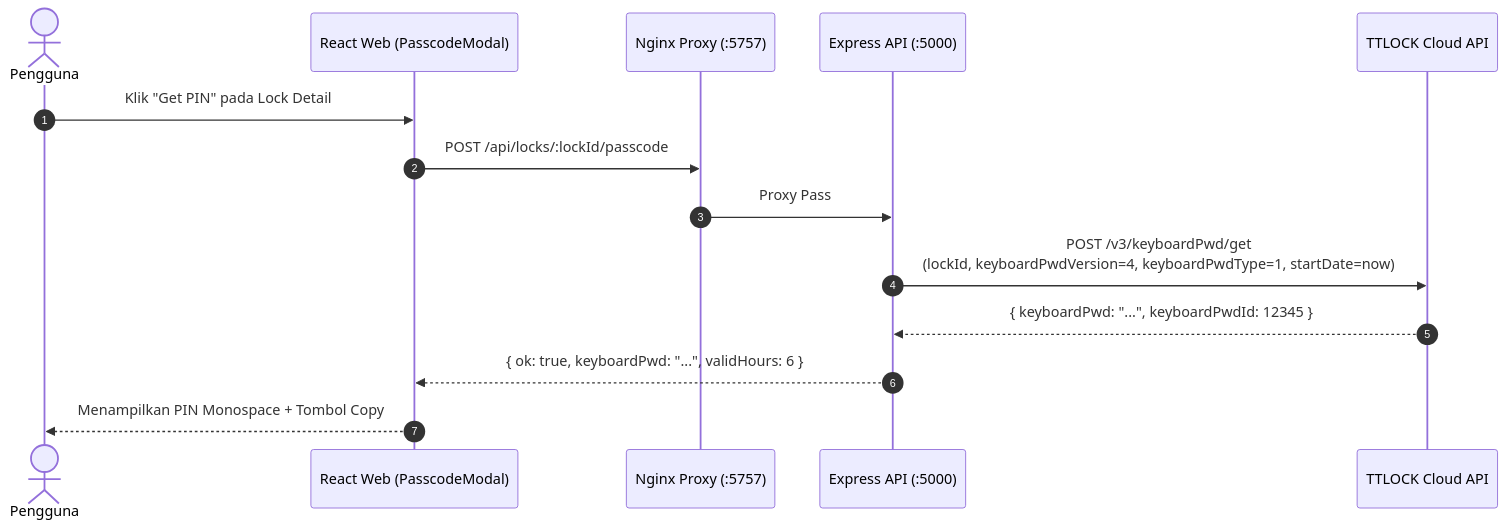
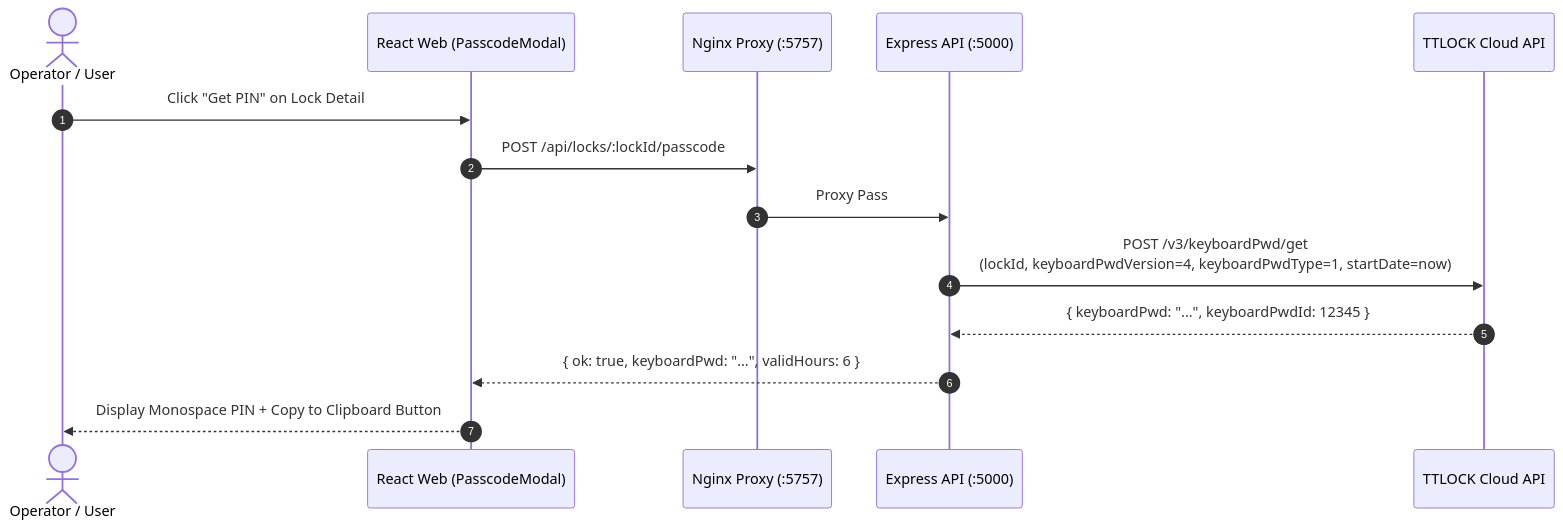
One commit to helmipradita/ttlock-dashboard changed the second of 7 diagrams in docs/ARCHITECTURE.md. Above: the diagram before and after it, drawn with Mermaid. The commit also changed other lines of this file and 9 other files, not shown here.

````diff
--- a/docs/ARCHITECTURE.md
+++ b/docs/ARCHITECTURE.md
@@ -58,17 +58,17 @@
 ```mermaid
 sequenceDiagram
     autonumber
-    actor User as Pengguna
+    actor User as Operator / User
     participant Web as React Web (PasscodeModal)
     participant Nginx as Nginx Proxy (:5757)
     participant Backend as Express API (:5000)
     participant TTLock as TTLOCK Cloud API
 
-    User->>Web: Klik "Get PIN" pada Lock Detail
+    User->>Web: Click "Get PIN" on Lock Detail
     Web->>Nginx: POST /api/locks/:lockId/passcode
     Nginx->>Backend: Proxy Pass
     Backend->>TTLock: POST /v3/keyboardPwd/get<br/>(lockId, keyboardPwdVersion=4, keyboardPwdType=1, startDate=now)
     TTLock-->>Backend: { keyboardPwd: "...", keyboardPwdId: 12345 }
     Backend-->>Web: { ok: true, keyboardPwd: "...", validHours: 6 }
-    Web-->>User: Menampilkan PIN Monospace + Tombol Copy
+    Web-->>User: Display Monospace PIN + Copy to Clipboard Button
 ```
````
